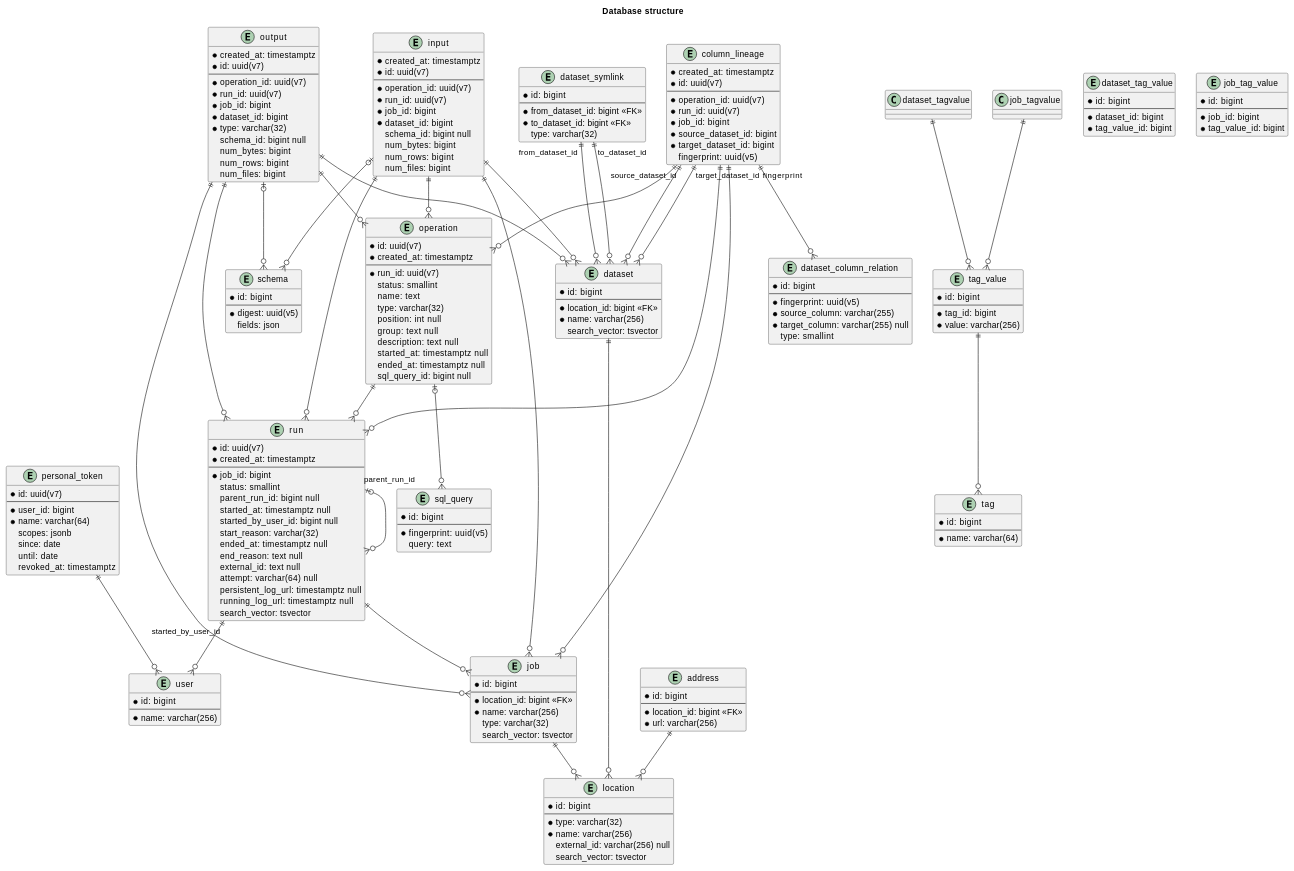
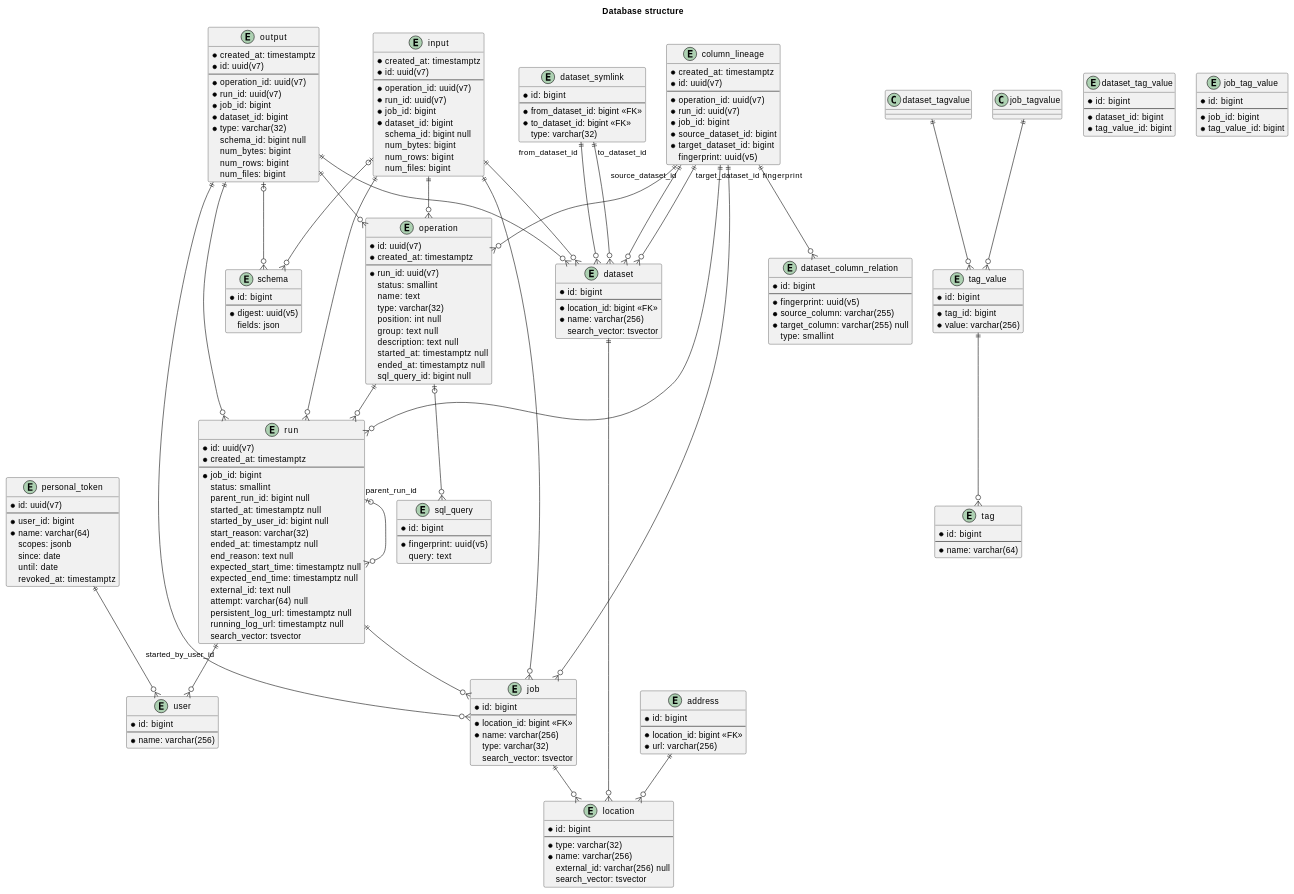
One commit to MobileTeleSystems/data-rentgen changed the diagram in docs/reference/database/structure.rst. Above: the diagram before and after it, drawn with PlantUML. The commit also changed 14 other files, not shown here.

```diff
--- a/docs/reference/database/structure.rst
+++ b/docs/reference/database/structure.rst
@@ -69,6 +69,8 @@
         start_reason: varchar(32)
         ended_at: timestamptz null
         end_reason: text null
+        expected_start_time: timestamptz null
+        expected_end_time: timestamptz null
         external_id: text null
         attempt: varchar(64) null
         persistent_log_url: timestamptz null
```
